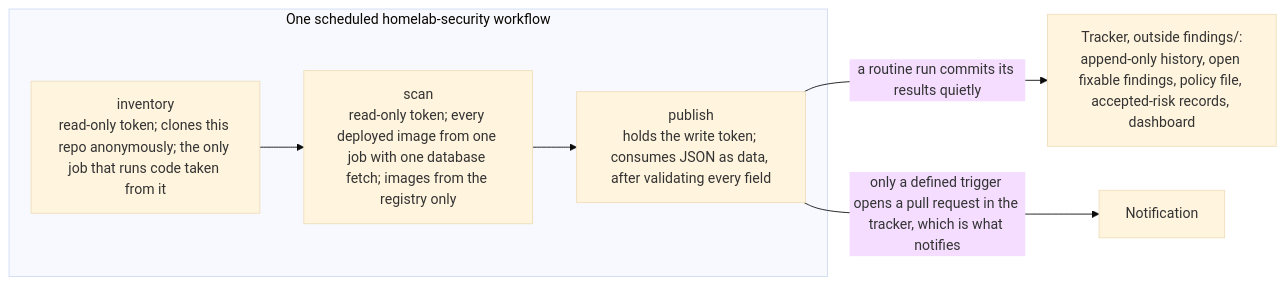
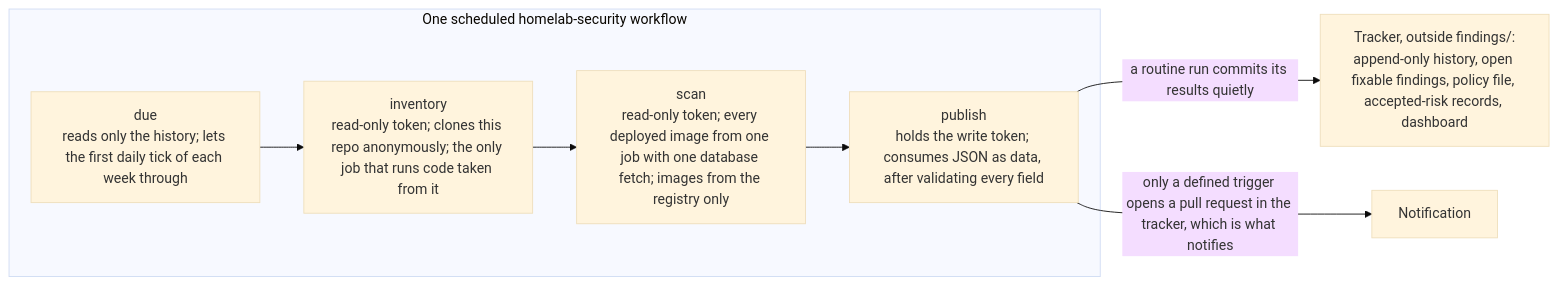
Before and after one commit to wenenhoe/homelab: the diagram in docs/decisions/0071-assessing-the-vulnerabilities-of-deployed-container-images/revision-000.md, drawn with Mermaid (base theme). The commit also changed other lines of this file and 6 other files, not shown here.

````diff
--- a/docs/decisions/0071-assessing-the-vulnerabilities-of-deployed-container-images/revision-000.md
+++ b/docs/decisions/0071-assessing-the-vulnerabilities-of-deployed-container-images/revision-000.md
@@ -40,9 +40,10 @@
 ```mermaid
 flowchart LR
     subgraph W["One scheduled homelab-security workflow"]
-        I["inventory<br/>read-only token; clones this repo anonymously; the only job that runs code taken from it"] --> S["scan<br/>read-only token; every deployed image from one job with one database fetch; images from the registry only"]
+        D["due<br/>reads only the history; lets the first daily tick of each week through"] --> I["inventory<br/>read-only token; clones this repo anonymously; the only job that runs code taken from it"]
+        I --> S["scan<br/>read-only token; every deployed image from one job with one database fetch; images from the registry only"]
         S --> P["publish<br/>holds the write token; consumes JSON as data, after validating every field"]
     end
     P -->|"a routine run commits its results quietly"| T["Tracker, outside findings/:<br/>append-only history, open fixable findings, policy file, accepted-risk records, dashboard"]
     P -->|"only a defined trigger opens a pull request in the tracker, which is what notifies"| N["Notification"]
 ```
````
